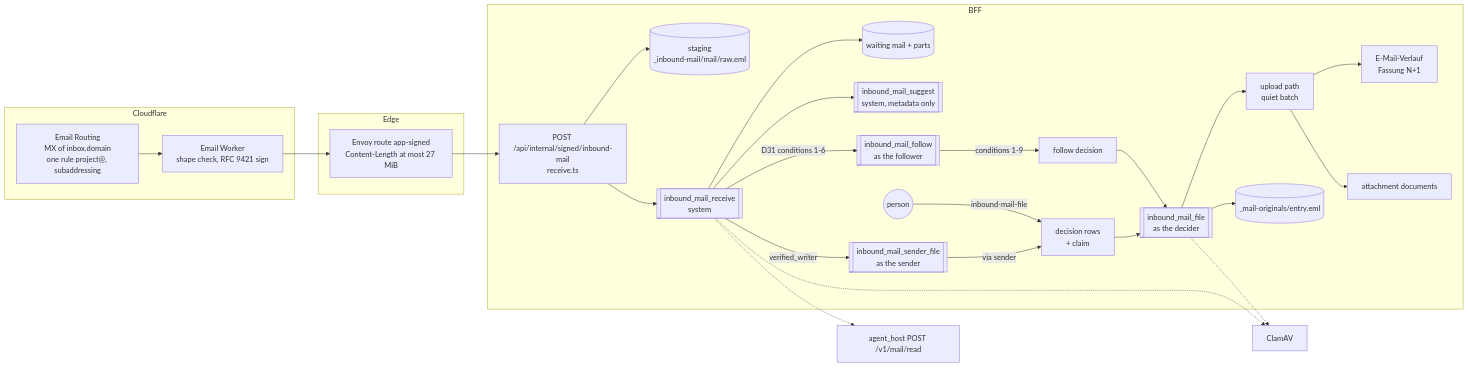
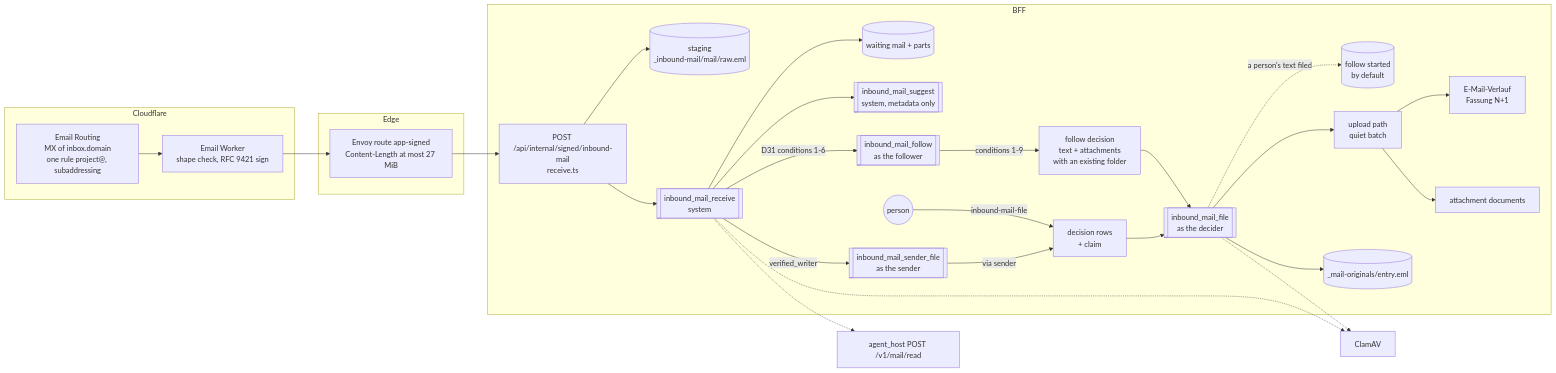
One commit to archos-at/archos changed the first of 2 diagrams in docs/architecture/inbound-mail.md. Above: the diagram before and after it, drawn with Mermaid. The commit also changed other lines of this file and 5 other files, not shown here.

````diff
--- a/docs/architecture/inbound-mail.md
+++ b/docs/architecture/inbound-mail.md
@@ -24,29 +28,30 @@
 ```mermaid
 flowchart LR
   subgraph Cloudflare
     MX[Email Routing<br/>MX of inbox.domain<br/>one rule project@, subaddressing] --> W[Email Worker<br/>shape check, RFC 9421 sign]
   end
   subgraph Edge
     E[Envoy route app-signed<br/>Content-Length at most 27 MiB]
   end
   subgraph BFF
     R[POST /api/internal/signed/inbound-mail<br/>receive.ts] --> S[(staging<br/>_inbound-mail/mail/raw.eml)]
     R --> Q1[[inbound_mail_receive<br/>system]]
     Q1 --> H[(waiting mail + parts)]
     Q1 --> Q2[[inbound_mail_suggest<br/>system, metadata only]]
     Q1 -->|D31 conditions 1-6| Q4[[inbound_mail_follow<br/>as the follower]]
     Q1 -->|verified_writer| Q5[[inbound_mail_sender_file<br/>as the sender]]
     Q5 -->|via sender| D
     P((person)) -->|inbound-mail-file| D[decision rows<br/>+ claim]
     D --> Q3[[inbound_mail_file<br/>as the decider]]
-    Q4 -->|conditions 1-9| D2[follow decision] --> Q3
+    Q4 -->|conditions 1-9| D2[follow decision<br/>text + attachments<br/>with an existing folder] --> Q3
+    Q3 -.->|a person's text filed| F[(follow started<br/>by default)]
     Q3 --> U[upload path<br/>quiet batch]
     U --> V[E-Mail-Verlauf<br/>Fassung N+1]
     U --> A[attachment documents]
     Q3 --> O[(_mail-originals/entry.eml)]
   end
   W --> E --> R
   Q1 -.-> PY[agent_host POST /v1/mail/read]
   Q1 -.-> AV[ClamAV]
   Q3 -.-> AV
 ```
````
